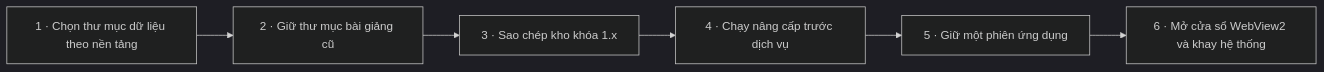
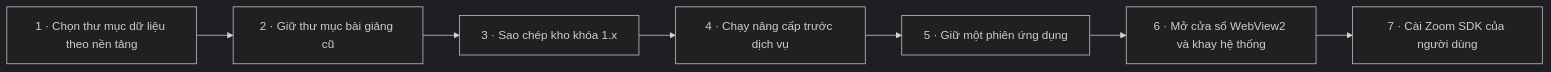
The fifth of 12 diagrams in docs/WORKFLOW.md (Thequancute215-sys/cun-zoom), drawn with Mermaid (dark theme) before and after one commit. The commit also changed other lines of this file and 25 other files, not shown here.

First line of the commit message:
Ship CunZoom.exe without the Zoom SDK; users install their own SDK in the app

````diff
--- a/docs/WORKFLOW.md
+++ b/docs/WORKFLOW.md
@@ -137,14 +137,16 @@
 ```mermaid
 flowchart LR
   s1["1 · Chọn thư mục dữ liệu theo nền tảng"]
   s2["2 · Giữ thư mục bài giảng cũ"]
   s1 --> s2
   s3["3 · Sao chép kho khóa 1.x"]
   s2 --> s3
   s4["4 · Chạy nâng cấp trước dịch vụ"]
   s3 --> s4
   s5["5 · Giữ một phiên ứng dụng"]
   s4 --> s5
   s6["6 · Mở cửa sổ WebView2 và khay hệ thống"]
   s5 --> s6
+  s7["7 · Cài Zoom SDK của người dùng"]
+  s6 --> s7
 ```
````
